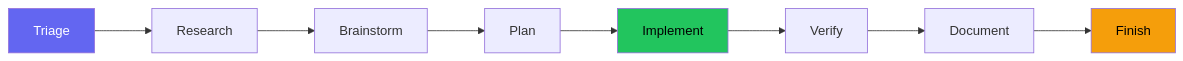
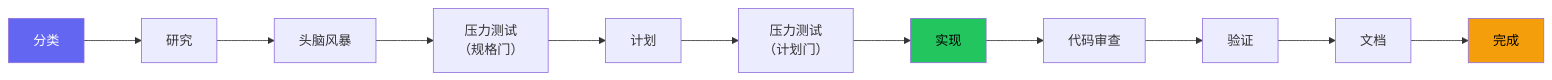
Before and after one commit to DollarDill/beads-superpowers: the first of 3 diagrams in docs/zh/workflow.md, drawn with Mermaid. The commit also changed other lines of this file and 1 other file, not shown here.

````diff
--- a/docs/zh/workflow.md
+++ b/docs/zh/workflow.md
@@ -16,20 +19,23 @@
 ```mermaid
 ---
 config:
   flowchart:
     nodeSpacing: 70
     rankSpacing: 70
 ---
 graph LR
-  T[Triage] --> R[Research]
-  R --> B[Brainstorm]
-  B --> P[Plan]
-  P --> I[Implement]
-  I --> V[Verify]
-  V --> D[Document]
-  D --> F[Finish]
+  T[分类] --> R[研究]
+  R --> B[头脑风暴]
+  B --> S1["压力测试<br/>（规格门）"]
+  S1 --> P[计划]
+  P --> S2["压力测试<br/>（计划门）"]
+  S2 --> I[实现]
+  I --> C[代码审查]
+  C --> V[验证]
+  V --> D[文档]
+  D --> F[完成]
 
   style T fill:#6366f1,color:#fff
   style I fill:#22c55e,color:#000
   style F fill:#f59e0b,color:#000
 ```
````
